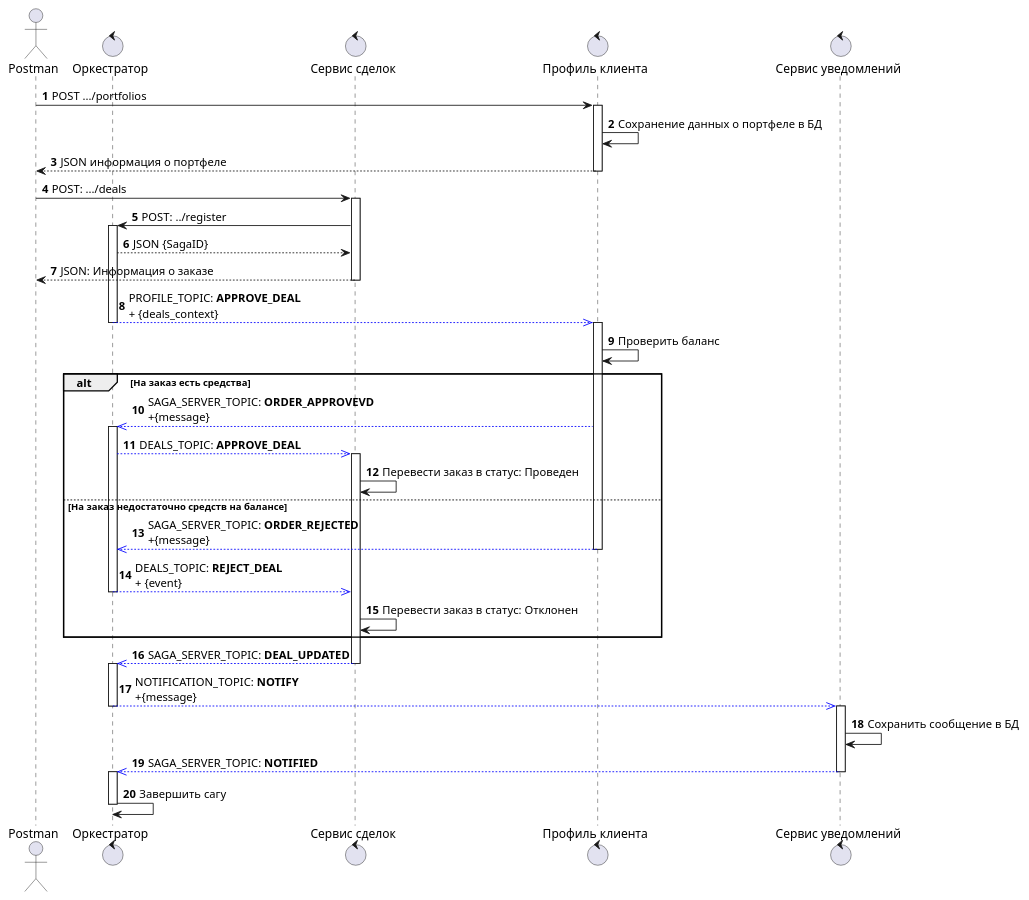
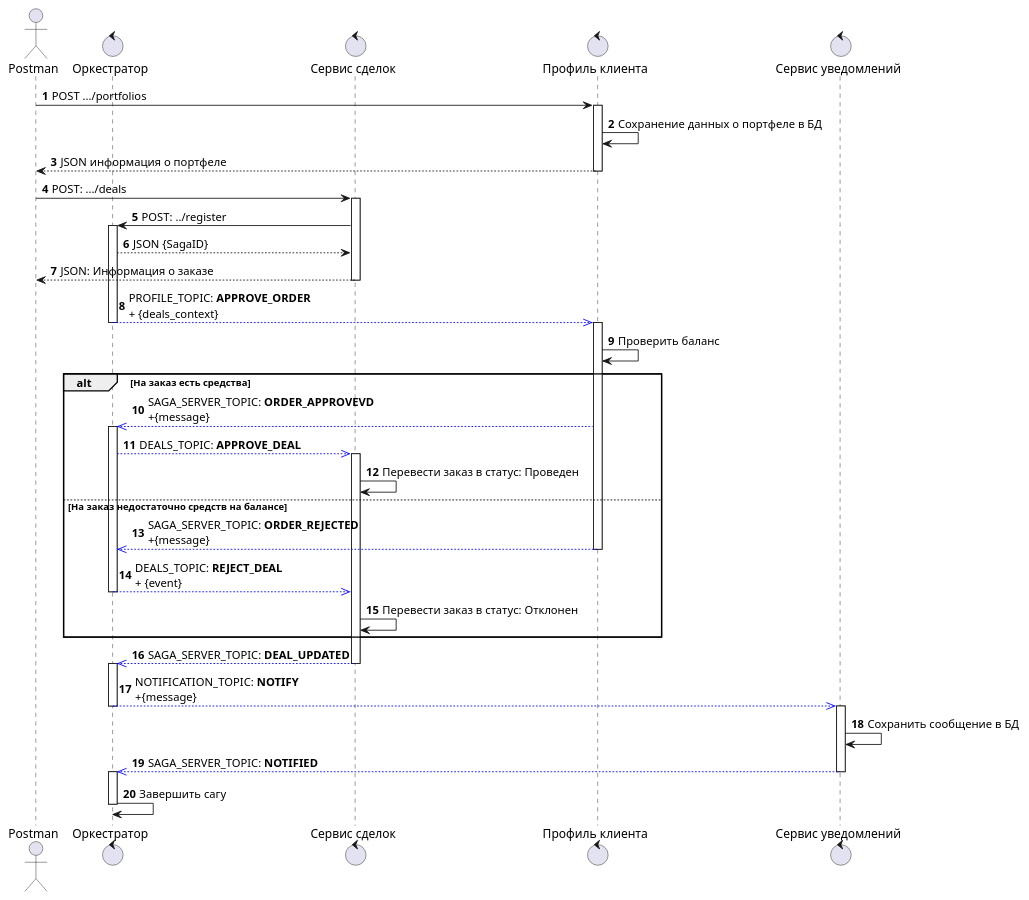
Before and after one commit to WWTLF/otus: the diagram in otus2.15/uml/deals.wsd, drawn with PlantUML. The commit also changed 4 other files, not shown here.

```diff
--- a/otus2.15/uml/deals.wsd
+++ b/otus2.15/uml/deals.wsd
@@ -1,52 +1,52 @@
 @startuml
 autonumber
 Actor Postman
 Control "Оркестратор" as Saga
 Control Deals as "Сервис сделок" 
 Control "Профиль клиента" as Profile
 Control "Сервис уведомлений" as notification
 
 Postman->Profile: POST .../portfolios
 activate Profile
 Profile->Profile: Сохранение данных о портфеле в БД
 Profile-->Postman: JSON информация о портфеле
 deactivate
 
 Postman->Deals: POST: .../deals
 activate Deals
     Deals->Saga: POST: ../register
     activate Saga
     Saga-->Deals: JSON {SagaID}    
 Deals-->Postman: JSON: Информация о заказе
 deactivate Deals
 
-Saga -[#blue,bold]->> Profile: PROFILE_TOPIC: **APPROVE_DEAL** \n+ {deals_context}
+Saga -[#blue,bold]->> Profile: PROFILE_TOPIC: **APPROVE_ORDER** \n+ {deals_context}
 deactivate Saga
 activate Profile
 Profile->Profile: Проверить баланс
 alt На заказ есть средства
 Profile-[#blue,bold]->>Saga: SAGA_SERVER_TOPIC: **ORDER_APPROVEVD**\n+{message}
 activate Saga
 Saga-[#blue,bold]->>Deals: DEALS_TOPIC: **APPROVE_DEAL**
 activate Deals
 Deals->Deals: Перевести заказ в статус: Проведен
 else На заказ недостаточно средств на балансе
 Profile-[#blue,bold]->>Saga: SAGA_SERVER_TOPIC: **ORDER_REJECTED**\n+{message}
 deactivate Profile
 Saga-[#blue,bold]->>Deals: DEALS_TOPIC: **REJECT_DEAL**\n+ {event}
 deactivate Saga
 Deals->Deals: Перевести заказ в статус: Отклонен
 end
 Deals-[#blue,bold]->>Saga: SAGA_SERVER_TOPIC: **DEAL_UPDATED**
 deactivate Deals
 activate Saga
 Saga-[#blue,bold]->>notification: NOTIFICATION_TOPIC: **NOTIFY**\n+{message}
 deactivate Saga
 activate notification
 notification->notification: Сохранить сообщение в БД
 notification-[#blue,bold]->>Saga:SAGA_SERVER_TOPIC: **NOTIFIED**
 deactivate notification
 activate Saga
 Saga->Saga: Завершить сагу
 deactivate Saga
 @enduml
```
